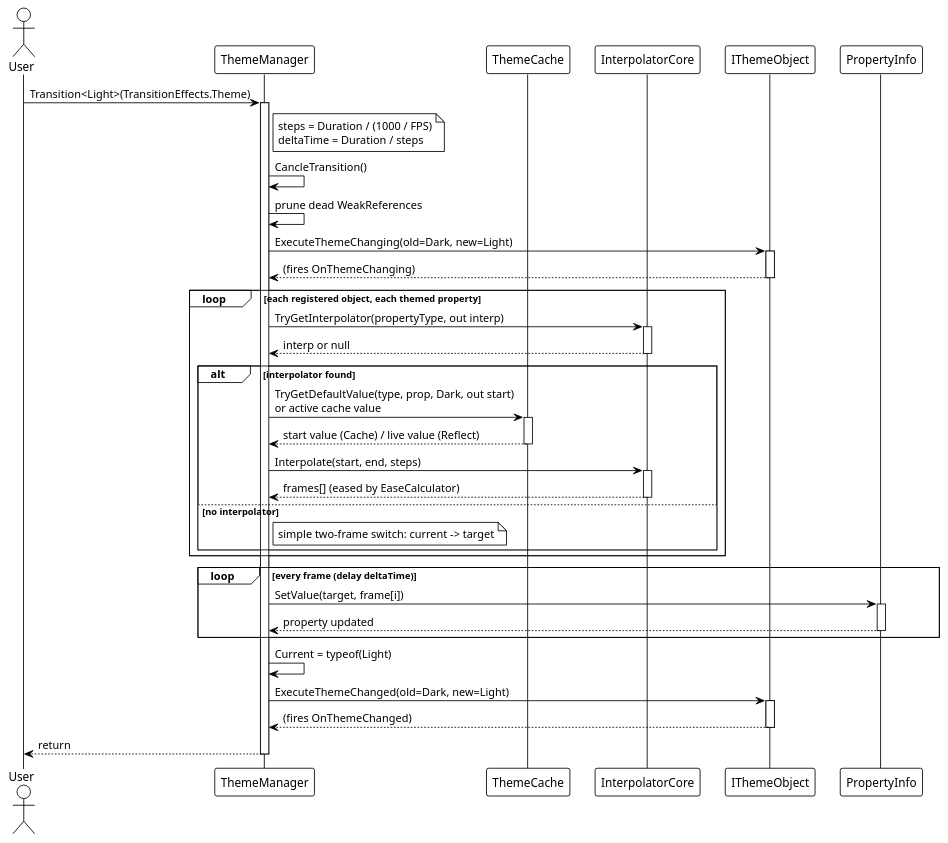
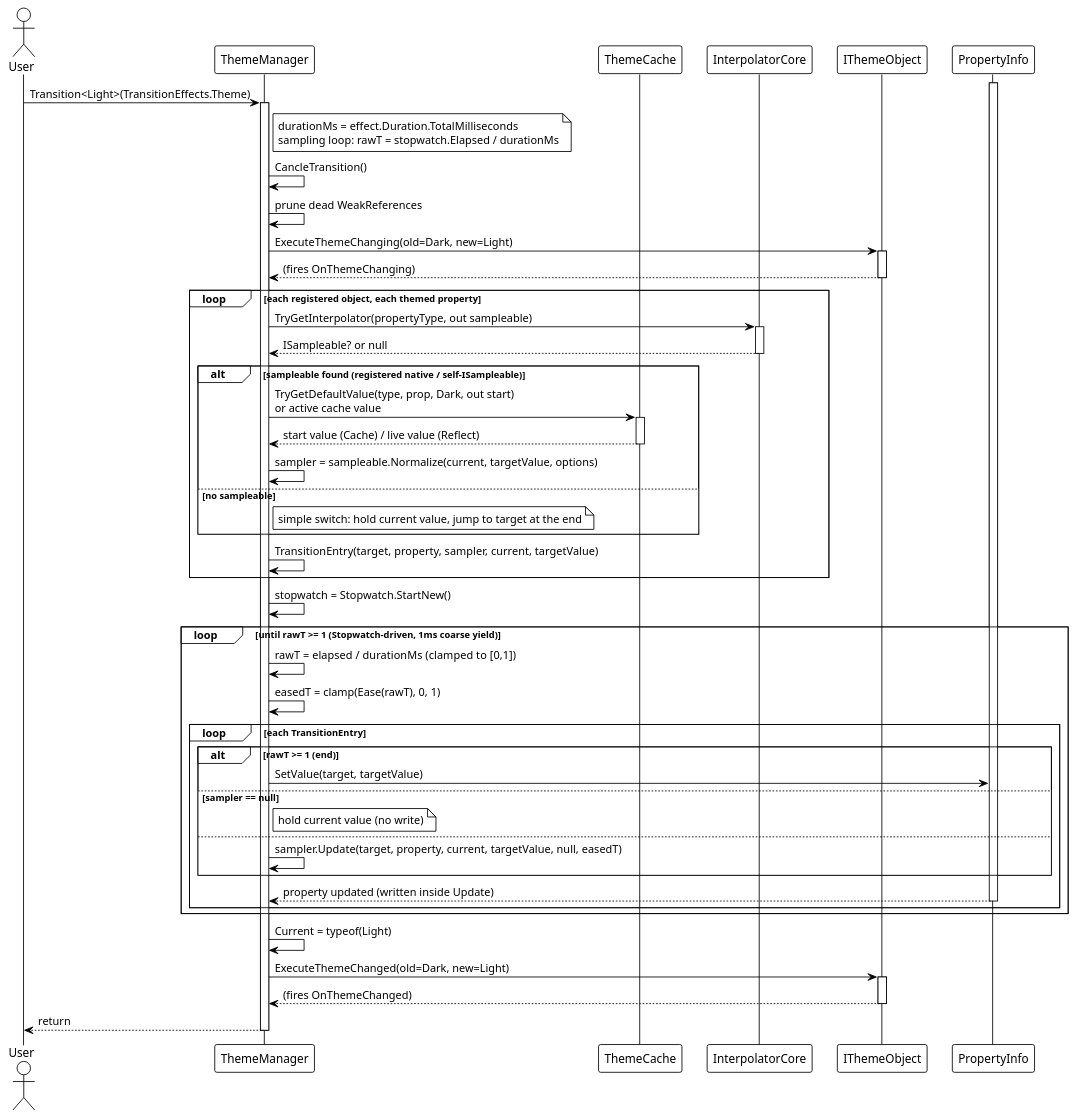
The second of 4 diagrams in src/CloudGlyph/Assets/Docs/content/en/3_SE_Analysis/03_data-flow/04_dynamic-theme/index.md (Axvser/VeloxDev.Docs), drawn with PlantUML before and after one commit. The commit also changed other lines of this file and 41 other files, not shown here.

First line of the commit message:
docs(transition): update for stateless sampler semantics (ISampler/ISampleable, SamplerSet)

````diff
--- a/src/CloudGlyph/Assets/Docs/content/en/3_SE_Analysis/03_data-flow/04_dynamic-theme/index.md
+++ b/src/CloudGlyph/Assets/Docs/content/en/3_SE_Analysis/03_data-flow/04_dynamic-theme/index.md
@@ -42,66 +42,78 @@
 ```plantuml
 @startuml
 !theme plain
 
 actor User as User
 participant "ThemeManager" as TM
 participant "ThemeCache" as TC
 participant "InterpolatorCore" as IK
 participant "IThemeObject" as TO
 participant "PropertyInfo" as PI
 
 User -> TM: Transition<Light>(TransitionEffects.Theme)
 activate TM
 
 note right of TM
-  steps = Duration / (1000 / FPS)
-  deltaTime = Duration / steps
+  durationMs = effect.Duration.TotalMilliseconds
+  sampling loop: rawT = stopwatch.Elapsed / durationMs
 end note
 
 TM -> TM: CancleTransition()
 TM -> TM: prune dead WeakReferences
 
 TM -> TO: ExecuteThemeChanging(old=Dark, new=Light)
 activate TO
 TO --> TM: (fires OnThemeChanging)
 deactivate TO
 
 loop each registered object, each themed property
-    TM -> IK: TryGetInterpolator(propertyType, out interp)
+    TM -> IK: TryGetInterpolator(propertyType, out sampleable)
     activate IK
-    IK --> TM: interp or null
+    IK --> TM: ISampleable? or null
     deactivate IK
 
-    alt interpolator found
+    alt sampleable found (registered native / self-ISampleable)
         TM -> TC: TryGetDefaultValue(type, prop, Dark, out start)\nor active cache value
         activate TC
         TC --> TM: start value (Cache) / live value (Reflect)
         deactivate TC
-        TM -> IK: Interpolate(start, end, steps)
-        activate IK
-        IK --> TM: frames[] (eased by EaseCalculator)
-        deactivate IK
-    else no interpolator
+        TM -> TM: sampler = sampleable.Normalize(current, targetValue, options)
+    else no sampleable
         note right of TM
-          simple two-frame switch: current -> target
+          simple switch: hold current value, jump to target at the end
         end note
     end
+    TM -> TM: TransitionEntry(target, property, sampler, current, targetValue)
 end
 
-loop every frame (delay deltaTime)
-    TM -> PI: SetValue(target, frame[i])
-    activate PI
-    PI --> TM: property updated
-    deactivate PI
+TM -> TM: stopwatch = Stopwatch.StartNew()
+
+loop until rawT >= 1 (Stopwatch-driven, 1ms coarse yield)
+    TM -> TM: rawT = elapsed / durationMs  (clamped to [0,1])
+    TM -> TM: easedT = clamp(Ease(rawT), 0, 1)
+    loop each TransitionEntry
+        alt rawT >= 1 (end)
+            TM -> PI: SetValue(target, targetValue)
+        else sampler == null
+            note right of TM
+              hold current value (no write)
+            end note
+        else
+            TM -> TM: sampler.Update(target, property, current, targetValue, null, easedT)
+        end
+        activate PI
+        PI --> TM: property updated (written inside Update)
+        deactivate PI
+    end
 end
 
 TM -> TM: Current = typeof(Light)
 TM -> TO: ExecuteThemeChanged(old=Dark, new=Light)
 activate TO
 TO --> TM: (fires OnThemeChanged)
 deactivate TO
 
 TM --> User: return
 deactivate TM
 @enduml
 ```
````
